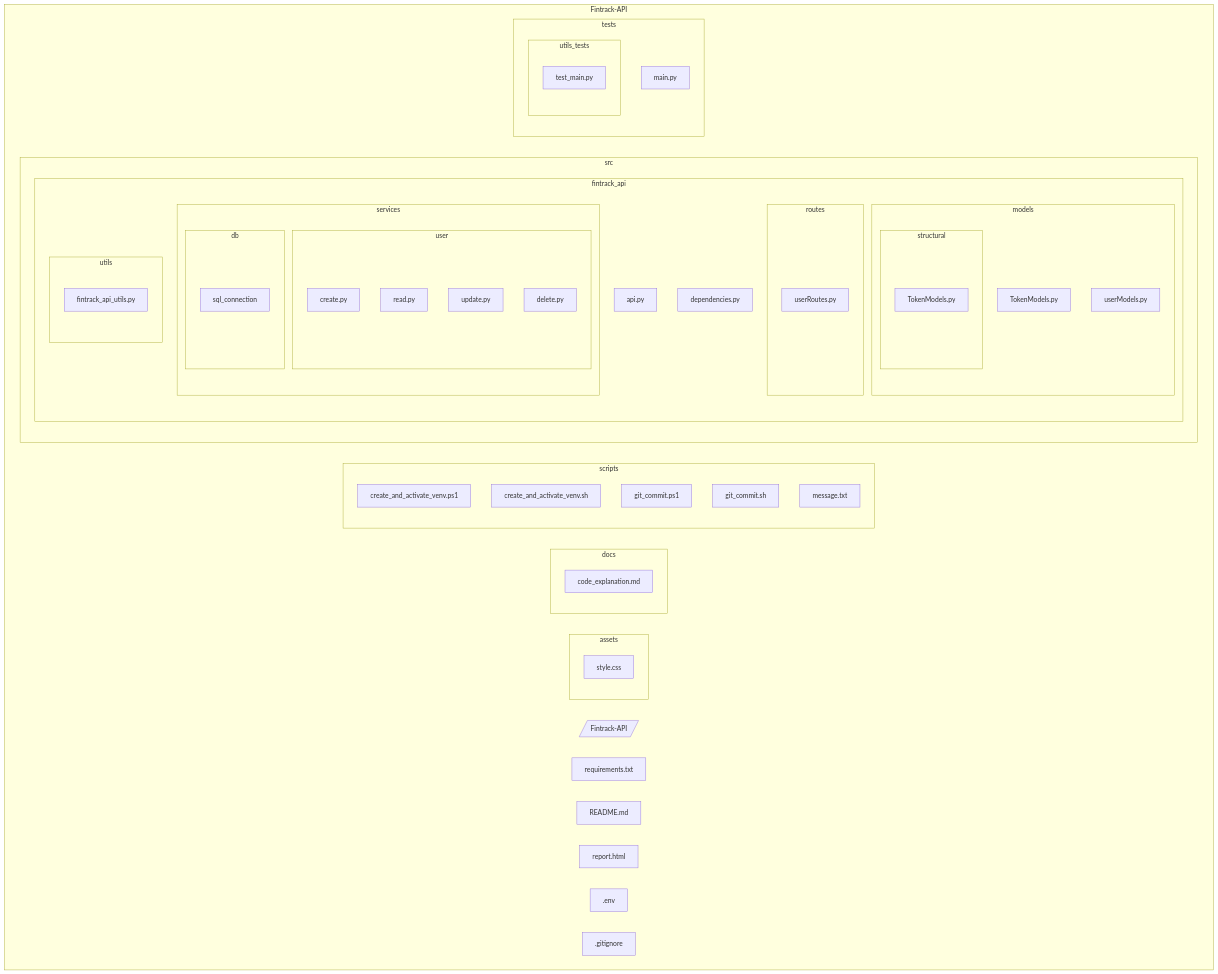
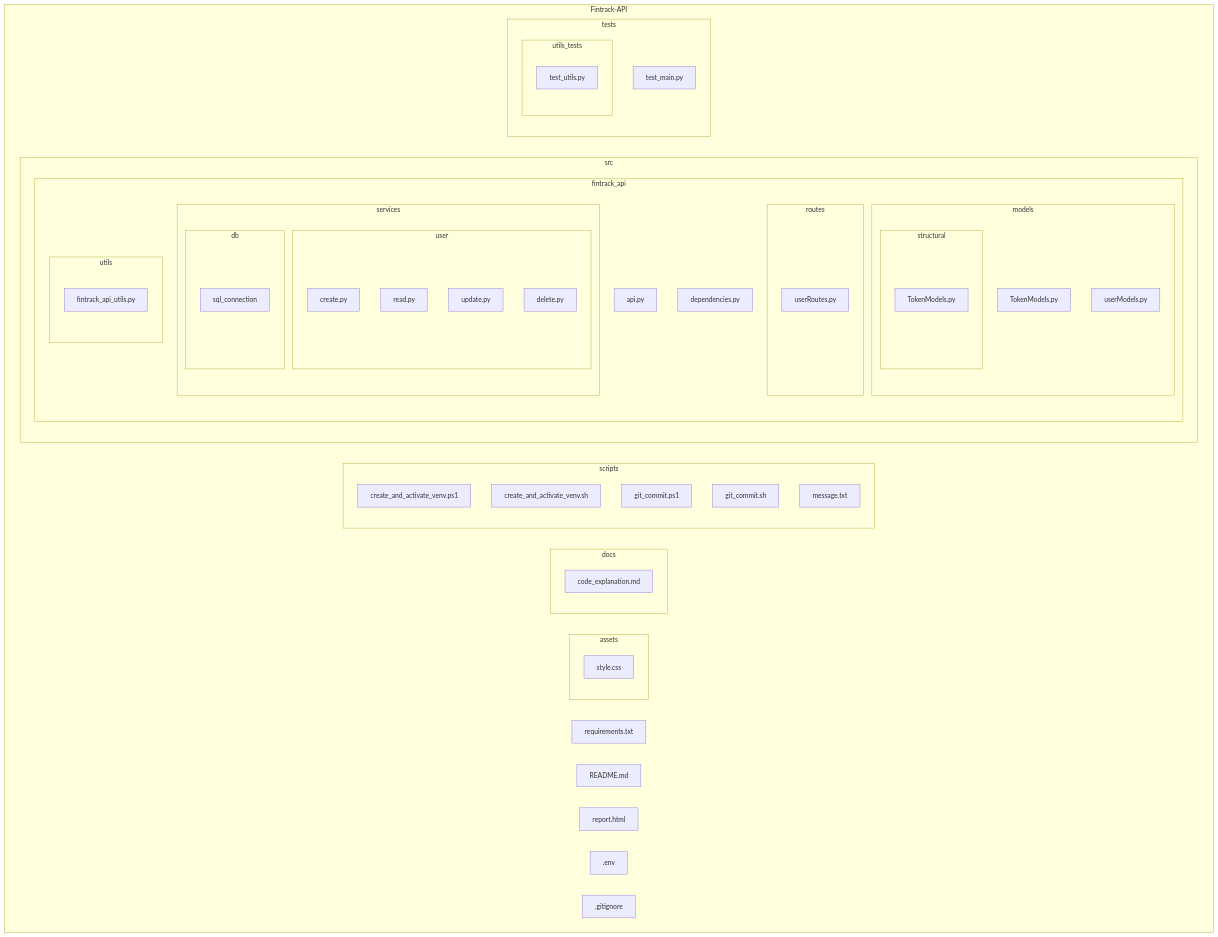
Before and after one commit to matheusAFONSECA/Fintrack-API: the diagram in README.md, drawn with Mermaid.

Commit message:
feat(tests): Updating ReadMe
The ReadMe has been
updated and now explains
how to run the API and
tests.

````diff
--- a/README.md
+++ b/README.md
@@ -27,70 +27,69 @@
 ```mermaid
 graph TD;
     subgraph Fintrack-API
-        A[/Fintrack-API/]
         
         subgraph assets
             B1[style.css]
         end
         
         subgraph docs
             C1[code_explanation.md]
         end
 
         subgraph scripts
             D1[create_and_activate_venv.ps1]
             D2[create_and_activate_venv.sh]
             D3[git_commit.ps1]
             D4[git_commit.sh]
             D5[message.txt]
         end
         
         subgraph src
             subgraph fintrack_api
                 subgraph models
                     E1a1[TokenModels.py]
                     E1a2[userModels.py]
                     subgraph structural
                         E1a3a[TokenModels.py]
                     end
                 end
                 
                 subgraph routes
                     E1b1[userRoutes.py]
                 end
                 
                 subgraph services
                     subgraph user
                         E1c1a[create.py]
                         E1c1b[read.py]
                         E1c1c[update.py]
                         E1c1d[delete.py]
                     end
                     subgraph db
                         E1c2a[sql_connection]
                     end
                 end
 
                 subgraph utils
                     E2a[fintrack_api_utils.py]
                 end
                 
                 E1d[api.py]
                 E1e[dependencies.py]
             end
         end
         
         subgraph tests
             subgraph utils_tests
-                F1a[test_main.py]
+                F1a[test_utils.py]
             end
-            F2[main.py]
+            F2[test_main.py]
         end
 
         G[requirements.txt]
         H[README.md]
         I[report.html]
         J[.env]
         K[.gitignore]
     end
 ```
````
